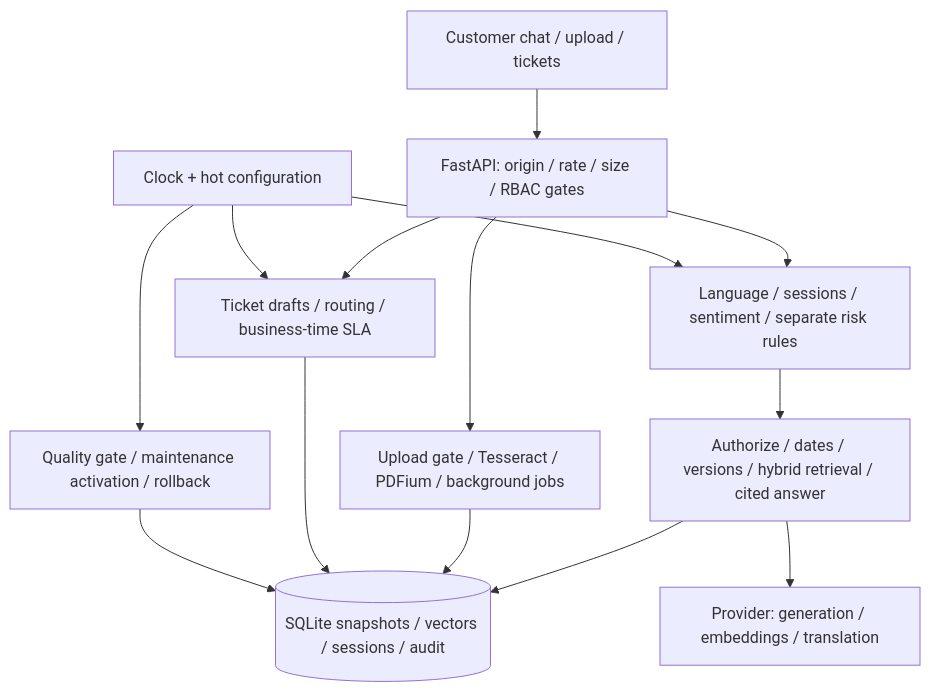
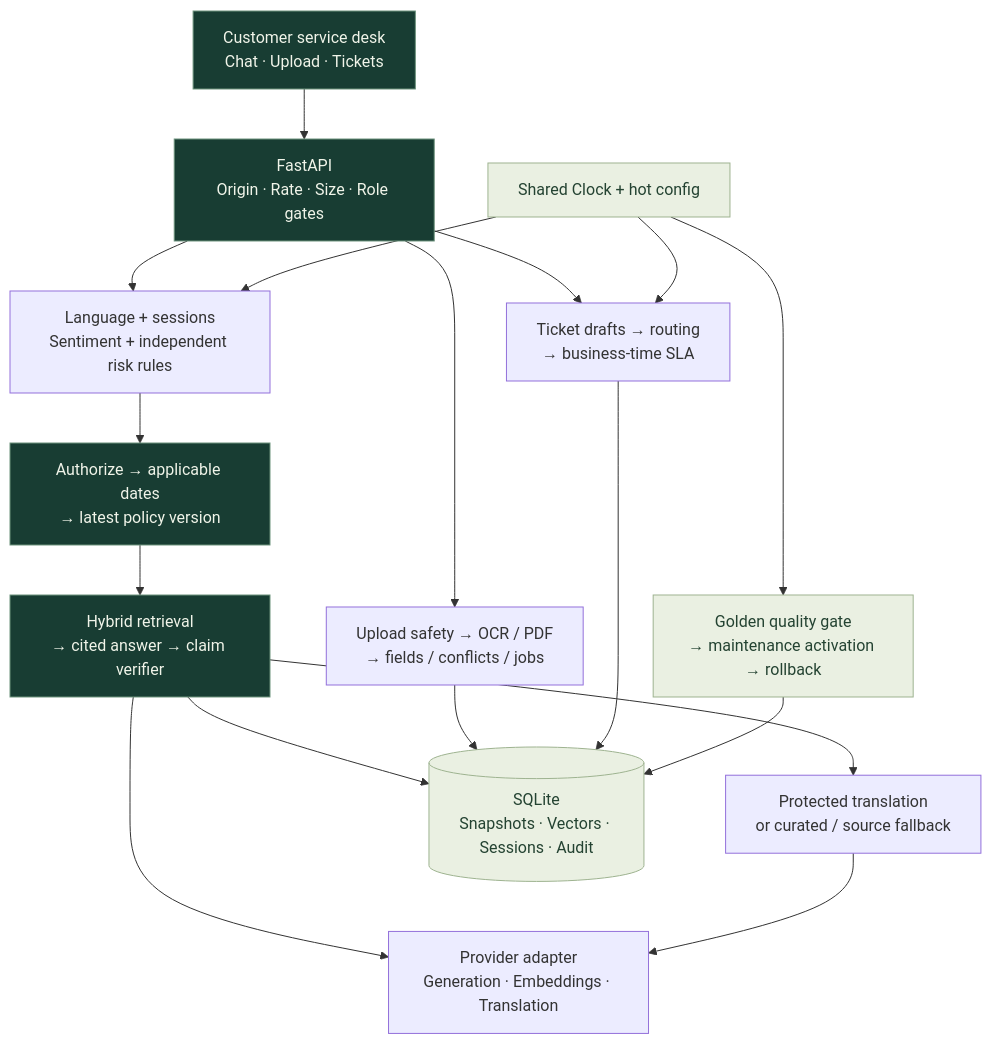
The diagram in README.md (rxp017/Real_Time_Gen_AI_Customer_Service_Bot), drawn with Mermaid before and after one commit. The commit also changed other lines of this file and 23 other files, not shown here.

````diff
--- a/README.md
+++ b/README.md
@@ -7,16 +128,23 @@
 ```mermaid
 flowchart TD
-  UI[Customer chat / upload / tickets] --> API[FastAPI: origin / rate / size / RBAC gates]
-  API --> CHAT[Language / sessions / sentiment / separate risk rules]
-  CHAT --> RAG[Authorize / dates / versions / hybrid retrieval / cited answer]
-  API --> OCR[Upload gate / Tesseract / PDFium / background jobs]
-  API --> TICKETS[Ticket drafts / routing / business-time SLA]
-  RAG --> DB[(SQLite snapshots / vectors / sessions / audit)]
-  OCR --> DB
-  TICKETS --> DB
-  RAG --> PROVIDER[Provider: generation / embeddings / translation]
-  CLOCK[Clock + hot configuration] --> CHAT
-  CLOCK --> TICKETS
-  CLOCK --> UPDATES[Quality gate / maintenance activation / rollback]
-  UPDATES --> DB
+    UI[Customer service desk<br/>Chat · Upload · Tickets] --> GATE[FastAPI<br/>Origin · Rate · Size · Role gates]
+    GATE --> CHAT[Language + sessions<br/>Sentiment + independent risk rules]
+    CHAT --> FILTER[Authorize → applicable dates<br/>→ latest policy version]
+    FILTER --> RAG[Hybrid retrieval<br/>→ cited answer → claim verifier]
+    RAG --> LANG[Protected translation<br/>or curated / source fallback]
+    GATE --> OCR[Upload safety → OCR / PDF<br/>→ fields / conflicts / jobs]
+    GATE --> TICKET[Ticket drafts → routing<br/>→ business-time SLA]
+    RAG --> DB[(SQLite<br/>Snapshots · Vectors · Sessions · Audit)]
+    OCR --> DB
+    TICKET --> DB
+    CLOCK[Shared Clock + hot config] --> CHAT
+    CLOCK --> TICKET
+    CLOCK --> UPDATE[Golden quality gate<br/>→ maintenance activation → rollback]
+    UPDATE --> DB
+    RAG --> PROVIDER[Provider adapter<br/>Generation · Embeddings · Translation]
+    LANG --> PROVIDER
+    classDef boundary fill:#183d33,color:#f0f4e9,stroke:#6d937d
+    classDef shared fill:#eaf0e2,color:#244332,stroke:#9eb390
+    class UI,GATE,FILTER,RAG boundary
+    class DB,CLOCK,UPDATE shared
 ```
````
